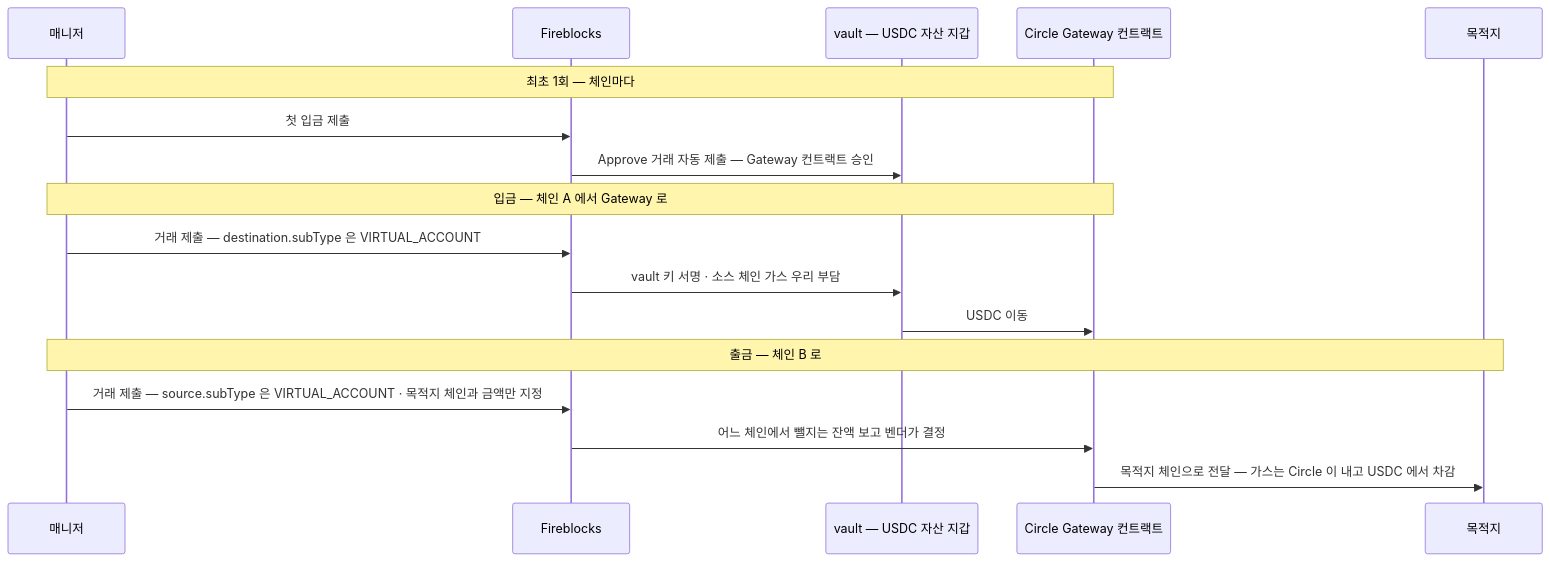
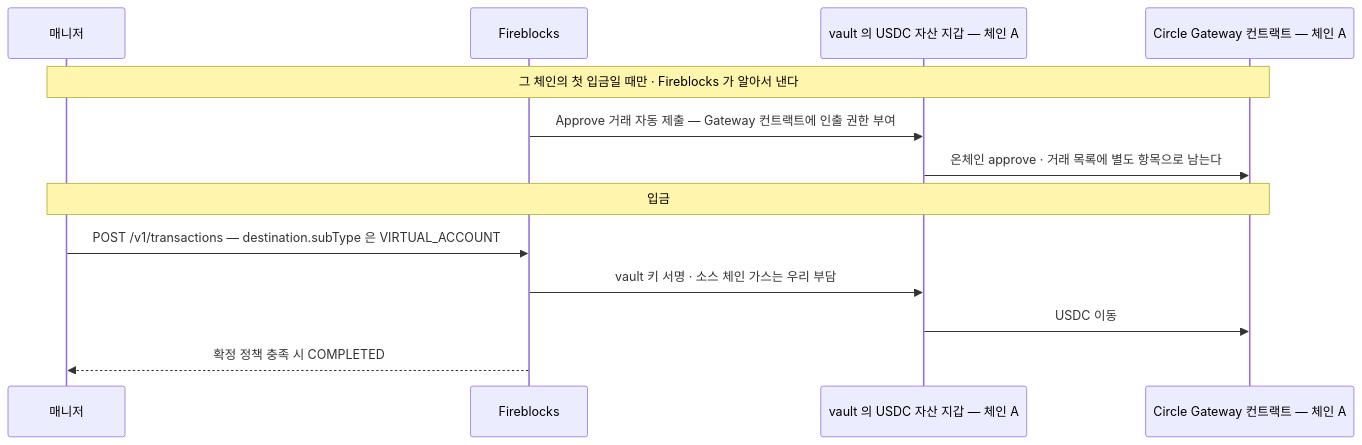
Before and after one commit to eunsujeo/eunpus: the second of 3 diagrams in blockchain-manager/docs/블록체인매니저/브릿지/03-usdc-gateway.md, drawn with Mermaid. The commit also changed other lines of this file, not shown here.

````diff
--- a/blockchain-manager/docs/블록체인매니저/브릿지/03-usdc-gateway.md
+++ b/blockchain-manager/docs/블록체인매니저/브릿지/03-usdc-gateway.md
@@ -12,20 +36,16 @@
 ```mermaid
 sequenceDiagram
   participant M as 매니저
   participant F as Fireblocks
-  participant V as vault — USDC 자산 지갑
-  participant G as Circle Gateway 컨트랙트
-  participant D as 목적지
+  participant V as vault 의 USDC 자산 지갑 — 체인 A
+  participant G as Circle Gateway 컨트랙트 — 체인 A
 
-  Note over M,G: 최초 1회 — 체인마다
-  M->>F: 첫 입금 제출
-  F->>V: Approve 거래 자동 제출 — Gateway 컨트랙트 승인
-  Note over M,G: 입금 — 체인 A 에서 Gateway 로
-  M->>F: 거래 제출 — destination.subType 은 VIRTUAL_ACCOUNT
-  F->>V: vault 키 서명 · 소스 체인 가스 우리 부담
+  Note over M,G: 그 체인의 첫 입금일 때만 · Fireblocks 가 알아서 낸다
+  F->>V: Approve 거래 자동 제출 — Gateway 컨트랙트에 인출 권한 부여
+  V->>G: 온체인 approve · 거래 목록에 별도 항목으로 남는다
+  Note over M,G: 입금
+  M->>F: POST /v1/transactions — destination.subType 은 VIRTUAL_ACCOUNT
+  F->>V: vault 키 서명 · 소스 체인 가스는 우리 부담
   V->>G: USDC 이동
-  Note over M,D: 출금 — 체인 B 로
-  M->>F: 거래 제출 — source.subType 은 VIRTUAL_ACCOUNT · 목적지 체인과 금액만 지정
-  F->>G: 어느 체인에서 뺄지는 잔액 보고 벤더가 결정
-  G->>D: 목적지 체인으로 전달 — 가스는 Circle 이 내고 USDC 에서 차감
+  F-->>M: 확정 정책 충족 시 COMPLETED
 ```
````
